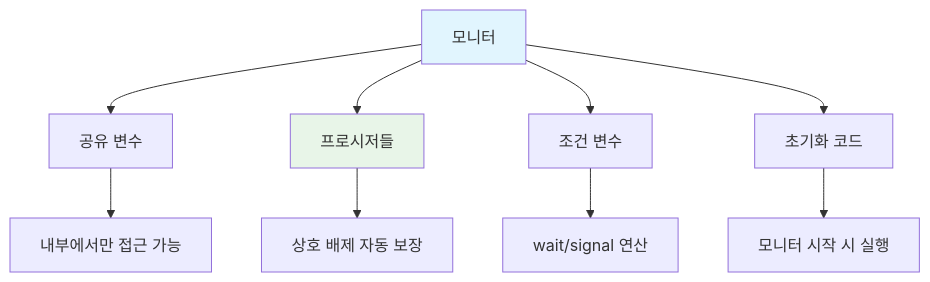
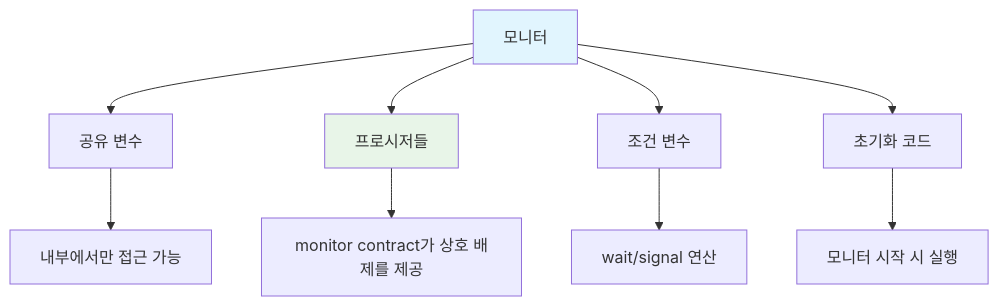
Diagram 13 of 18 in content/docs/os/synchronization.md (choisimo/document), drawn with Mermaid before and after one commit. The commit also changed other lines of this file and 504 other files, not shown here.

````diff
--- a/content/docs/os/synchronization.md
+++ b/content/docs/os/synchronization.md
@@ -578,15 +594,15 @@
 ```mermaid
 graph TD
     A[모니터] --> B[공유 변수]
     A --> C[프로시저들]
     A --> D[조건 변수]
     A --> E[초기화 코드]
     
     B --> B1["내부에서만 접근 가능"]
-    C --> C1["상호 배제 자동 보장"]
+    C --> C1["monitor contract가 상호 배제를 제공"]
     D --> D1["wait/signal 연산"]
     E --> E1["모니터 시작 시 실행"]
     
     style A fill:#e1f5fe
     style C fill:#e8f5e8
 ```
````
